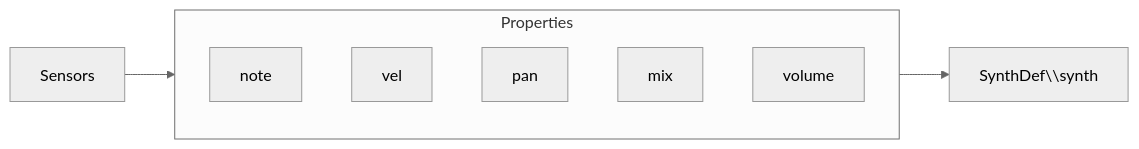
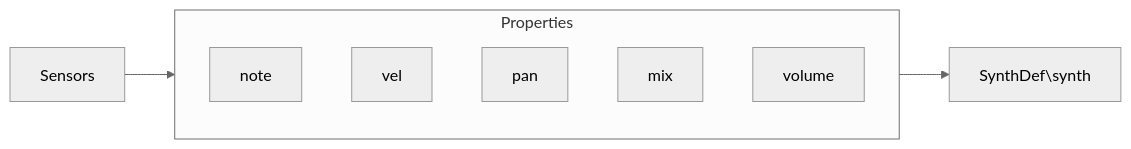
One commit to GiulianoDiLorenzo/Jacob-SuperCollier changed the second of 2 diagrams in README.md. Above: the diagram before and after it, drawn with Mermaid (neutral theme).

````diff
--- a/README.md
+++ b/README.md
@@ -56,14 +56,14 @@
 ```mermaid
 graph LR 
     Sensors --> Properties
     
     subgraph Properties
         note
         vel
         pan 
         mix
         volume
         end
-Properties --> SynthDef\\synth
+Properties --> SynthDef\synth
     
 ```
````
